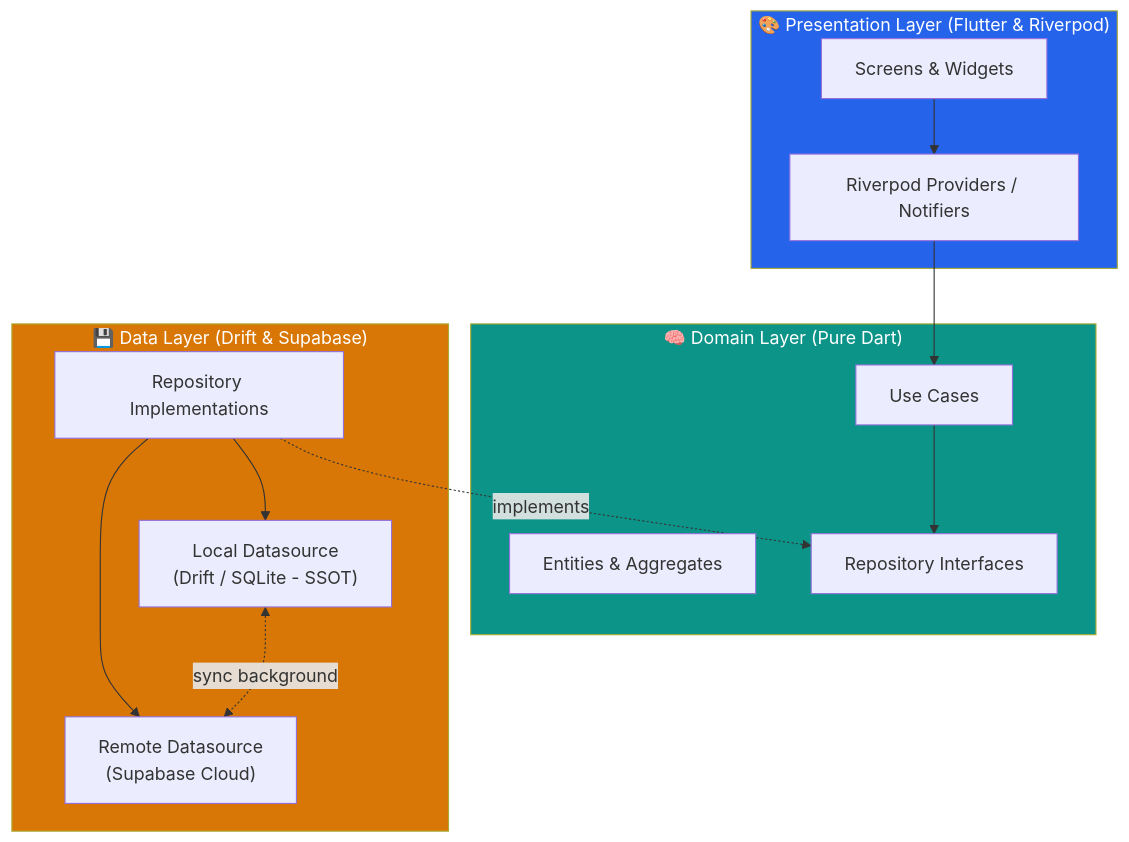
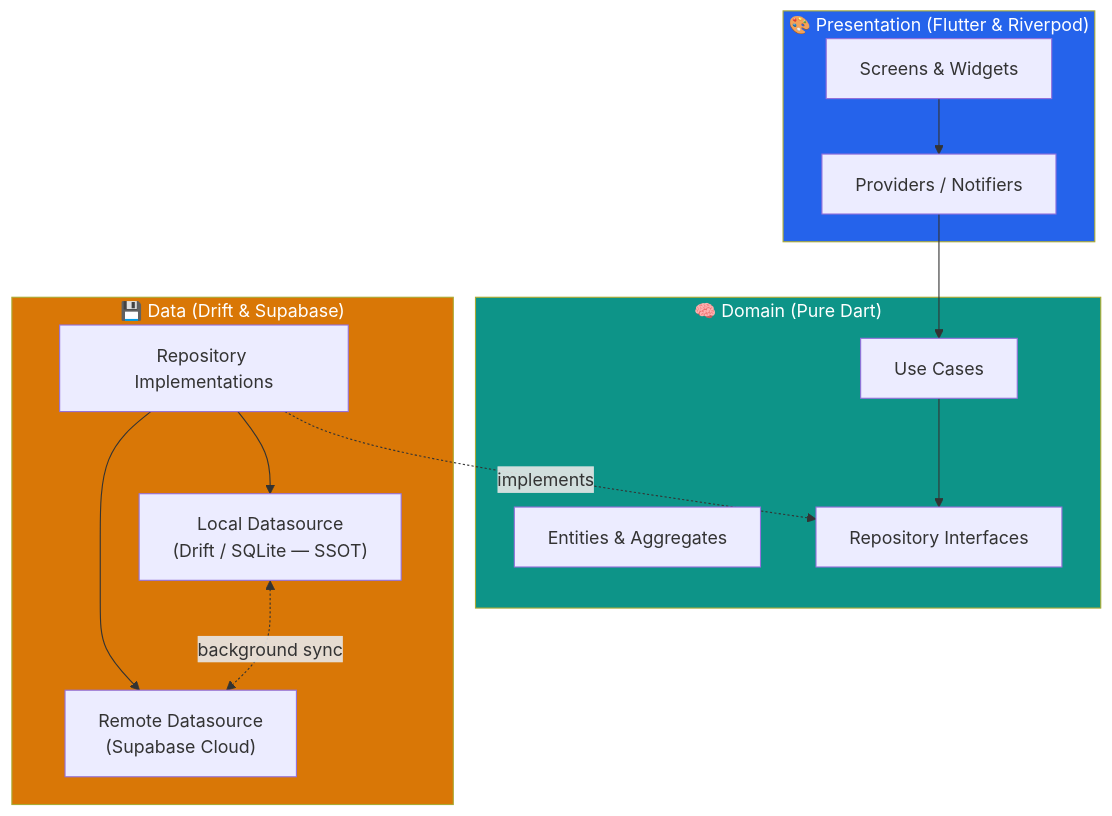
The first of 2 diagrams in README.md (RulyOctareza/UMKM-Pos-Flutter), drawn with Mermaid before and after one commit. The commit also changed other lines of this file and 1 other file, not shown here.

````diff
--- a/README.md
+++ b/README.md
@@ -35,30 +70,30 @@
 ```mermaid
 flowchart TB
-    subgraph Presentation["🎨 Presentation Layer (Flutter & Riverpod)"]
+    subgraph Presentation["🎨 Presentation (Flutter & Riverpod)"]
         UI["Screens & Widgets"]
-        Prov["Riverpod Providers / Notifiers"]
+        Prov["Providers / Notifiers"]
     end
 
-    subgraph Domain["🧠 Domain Layer (Pure Dart)"]
+    subgraph Domain["🧠 Domain (Pure Dart)"]
         UC["Use Cases"]
         Ent["Entities & Aggregates"]
         RepoI["Repository Interfaces"]
     end
 
-    subgraph Data["💾 Data Layer (Drift & Supabase)"]
+    subgraph Data["💾 Data (Drift & Supabase)"]
         RepoImpl["Repository Implementations"]
-        Local["Local Datasource\n(Drift / SQLite - SSOT)"]
+        Local["Local Datasource\n(Drift / SQLite — SSOT)"]
         Remote["Remote Datasource\n(Supabase Cloud)"]
     end
 
     UI --> Prov --> UC
     UC --> RepoI
     RepoImpl -.implements.-> RepoI
     RepoImpl --> Local
     RepoImpl --> Remote
-    Local <-. sync background .-> Remote
+    Local <-. background sync .-> Remote
 
     style Domain fill:#0D9488,color:#fff
     style Presentation fill:#2563EB,color:#fff
     style Data fill:#D97706,color:#fff
 ```
````
